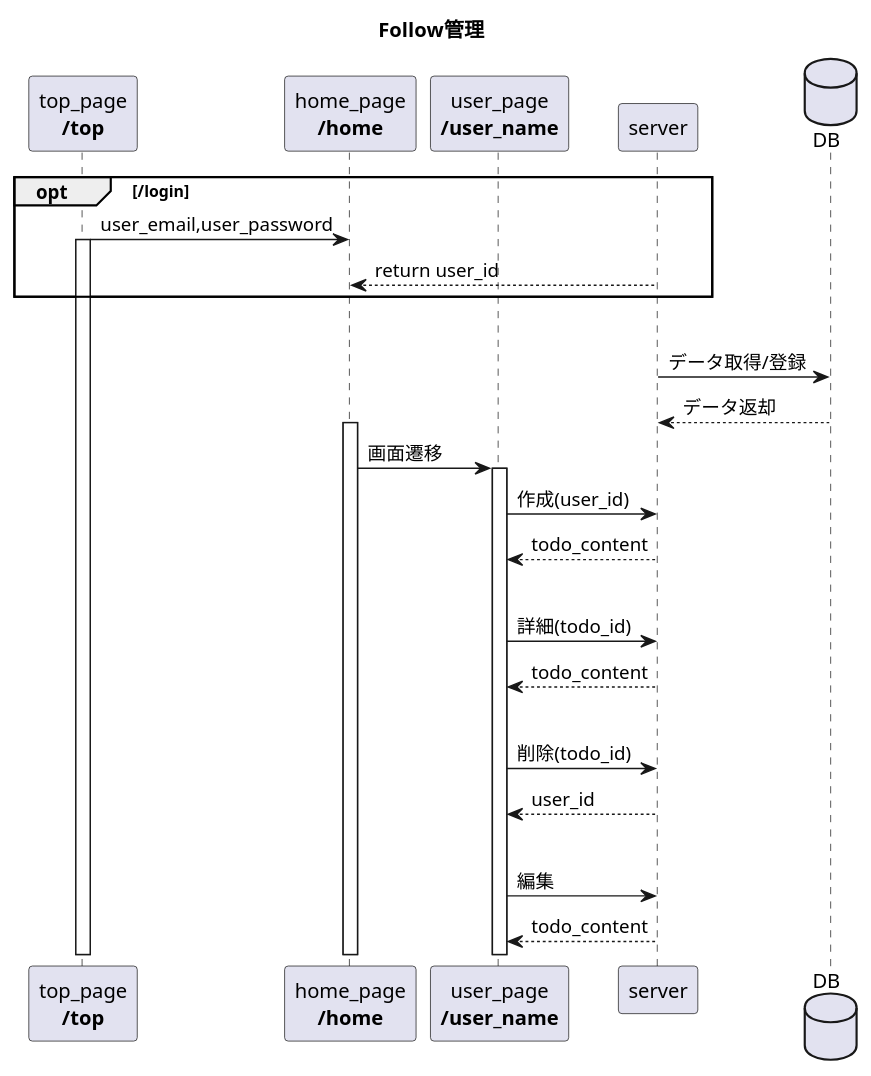
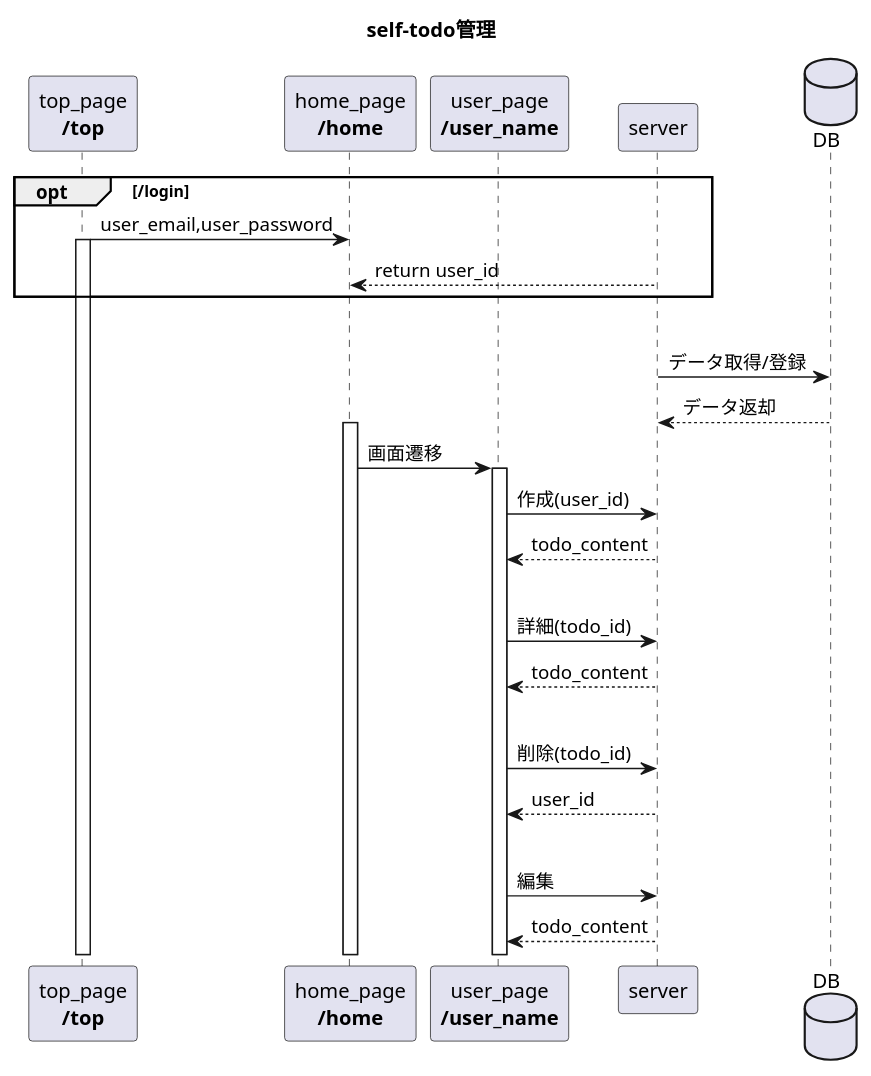
Before and after one commit to op19-it-edu/base-docs: the diagram in uml_as_code/sequence-diagram_self-todo.pu, drawn with PlantUML. The commit also changed 1 other file, not shown here.

```diff
--- a/uml_as_code/sequence-diagram_self-todo.pu
+++ b/uml_as_code/sequence-diagram_self-todo.pu
@@ -1,35 +1,35 @@
 @startuml
-title Follow管理 
+title self-todo管理 
 opt /login
     "top_page\n**/top**" as top -> "home_page\n**/home**" as home : user_email,user_password
     activate top
     server  --> home : return user_id
 end
 
 |||
 database DB
 server -> DB : データ取得/登録
 DB  --> server : データ返却
 
 activate home
 home -> "user_page\n**/user_name**" as user : 画面遷移
 activate user
 user -> server : 作成(user_id)
 server --> user : todo_content
 |||
 user -> server : 詳細(todo_id)
 server --> user : todo_content
 |||
 user -> server : 削除(todo_id)
 server --> user : user_id
 |||
 user -> server : 編集
 server --> user : todo_content
 
 participant top order 10
 participant home order 20
 participant user order 30
 participant server order 40
 participant DB order 50
 
 @enduml
```
